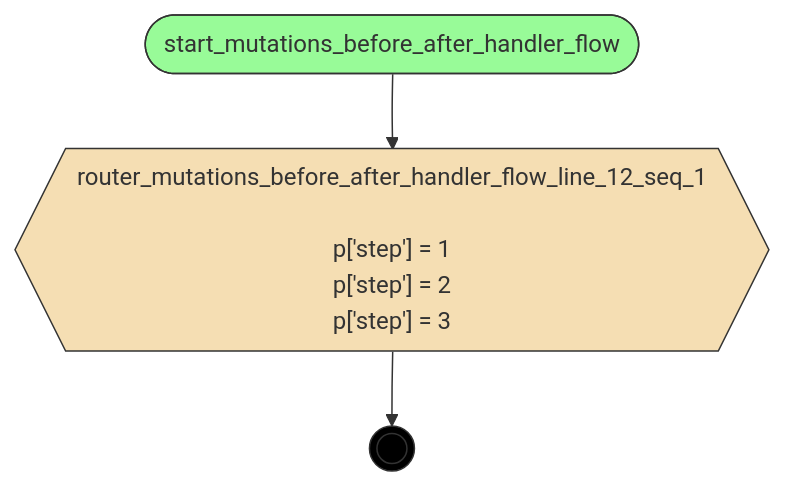
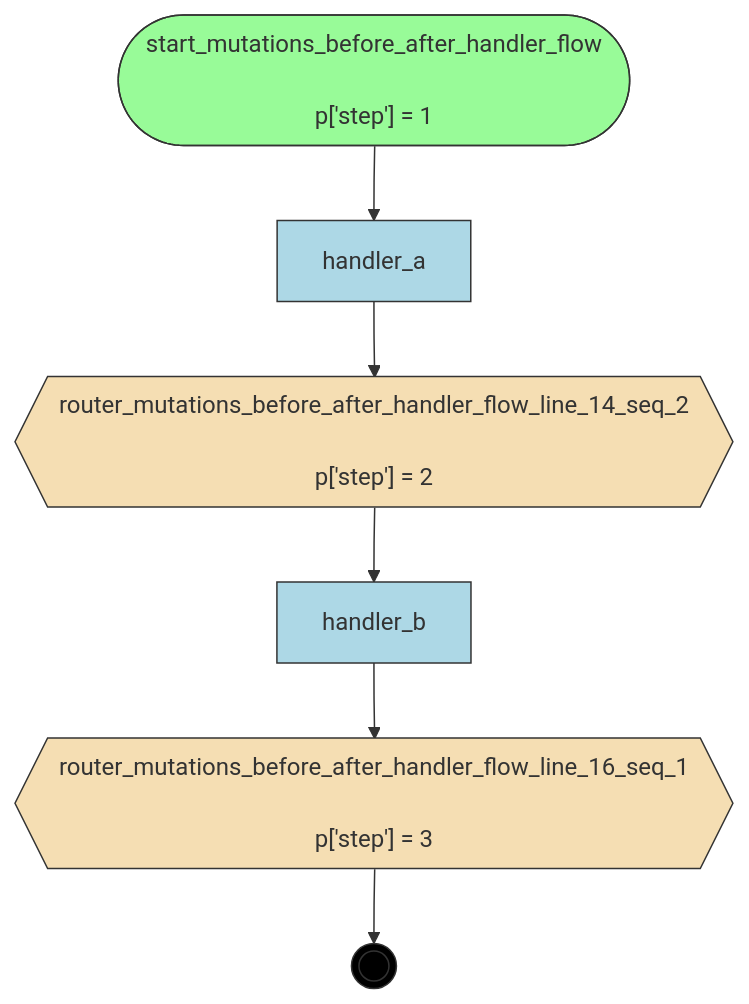
Before and after one commit to deliveryhero/asya: the diagram in examples/flows/compiled/mutations_before_after_handler/flow.mmd, drawn with Mermaid. The commit also changed 625 other files, not shown here.

```diff
--- a/examples/flows/compiled/mutations_before_after_handler/flow.mmd
+++ b/examples/flows/compiled/mutations_before_after_handler/flow.mmd
@@ -1,18 +1,25 @@
 flowchart TD
     %% Flow: mutations_before_after_handler_flow
 
-    router_mutations_before_after_handler_flow_line_12_seq_1{{"router_mutations_before_after_handler_flow_line_12_seq_1<br/><br/>p['step'] = 1<br/>p['step'] = 2<br/>p['step'] = 3"}}
-    start_mutations_before_after_handler_flow([start_mutations_before_after_handler_flow])
+    handler_a[handler_a]
+    handler_b[handler_b]
+    router_mutations_before_after_handler_flow_line_14_seq_2{{"router_mutations_before_after_handler_flow_line_14_seq_2<br/><br/>p['step'] = 2"}}
+    router_mutations_before_after_handler_flow_line_16_seq_1{{"router_mutations_before_after_handler_flow_line_16_seq_1<br/><br/>p['step'] = 3"}}
+    start_mutations_before_after_handler_flow(["start_mutations_before_after_handler_flow<br/><br/>p['step'] = 1"])
     __end__((( )))
 
-    start_mutations_before_after_handler_flow --> router_mutations_before_after_handler_flow_line_12_seq_1
-    router_mutations_before_after_handler_flow_line_12_seq_1 --> __end__
+    start_mutations_before_after_handler_flow --> handler_a
+    handler_a --> router_mutations_before_after_handler_flow_line_14_seq_2
+    router_mutations_before_after_handler_flow_line_14_seq_2 --> handler_b
+    handler_b --> router_mutations_before_after_handler_flow_line_16_seq_1
+    router_mutations_before_after_handler_flow_line_16_seq_1 --> __end__
 
     classDef start fill:#98FB98,stroke:#333
     classDef endnode fill:#FFA07A,stroke:#333
     classDef router fill:#F5DEB3,stroke:#333
     classDef handler fill:#ADD8E6,stroke:#333
     classDef endpoint fill:#000,stroke:#333,color:#fff
     class start_mutations_before_after_handler_flow start
-    class router_mutations_before_after_handler_flow_line_12_seq_1 router
+    class router_mutations_before_after_handler_flow_line_14_seq_2,router_mutations_before_after_handler_flow_line_16_seq_1 router
+    class handler_a,handler_b handler
     class __end__ endpoint
```
